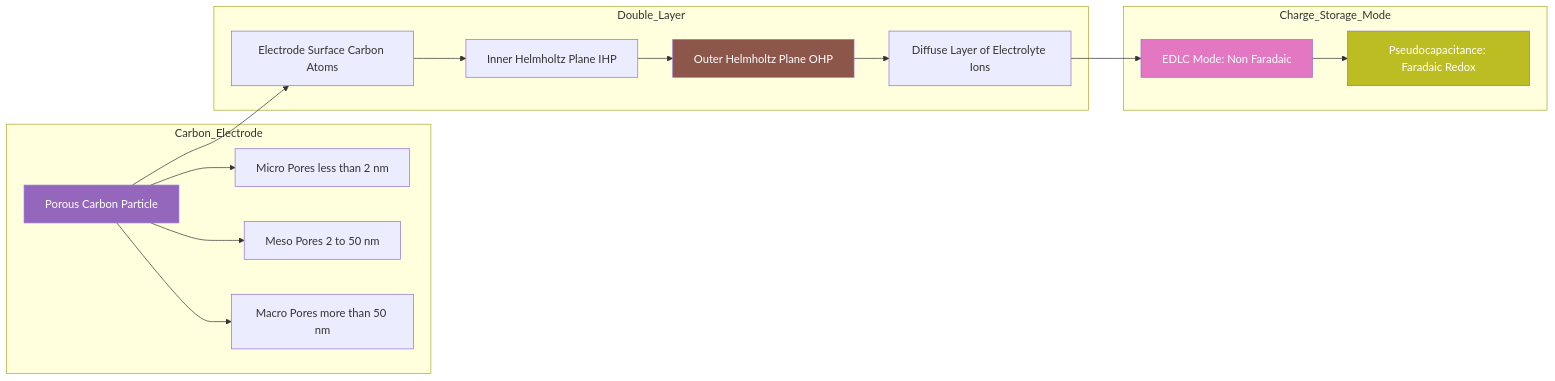
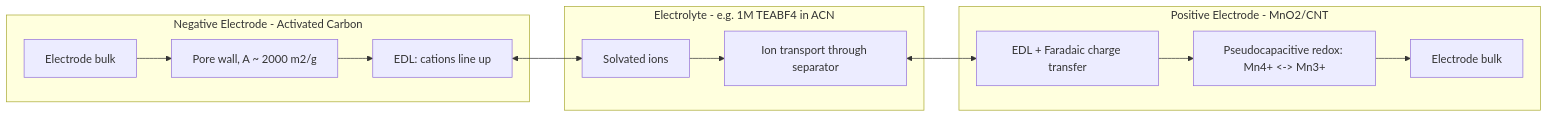
Before and after one commit to vishnuu-kr/ktunode: the second of 5 diagrams in public/notes/computer-science-and-engineering/semester-1/gxcyt122-chemistry-for-information-science-and-electrical-science/02-module-2-materials-for-electronic-applications/materials-used-in-quantum-computing-technology-super-capacitors-spintronics/notes.md, drawn with Mermaid. The commit also changed other lines of this file and 4829 other files, not shown here.

````diff
--- a/public/notes/computer-science-and-engineering/semester-1/gxcyt122-chemistry-for-information-science-and-electrical-science/02-module-2-materials-for-electronic-applications/materials-used-in-quantum-computing-technology-super-capacitors-spintronics/notes.md
+++ b/public/notes/computer-science-and-engineering/semester-1/gxcyt122-chemistry-for-information-science-and-electrical-science/02-module-2-materials-for-electronic-applications/materials-used-in-quantum-computing-technology-super-capacitors-spintronics/notes.md
@@ -763,22 +482,25 @@
 ```mermaid
 flowchart LR
-    subgraph Carbon_Electrode
-        A1[Porous Carbon Particle] --> A2[Micro Pores less than 2 nm]
-        A1 --> A3[Meso Pores 2 to 50 nm]
-        A1 --> A4[Macro Pores more than 50 nm]
+    subgraph Electrode1[Negative Electrode - Activated Carbon]
+        E1a[Electrode bulk]
+        E1b[Pore wall, A ~ 2000 m2/g]
+        E1c[EDL: cations line up]
     end
-    subgraph Double_Layer
-        B1[Electrode Surface Carbon Atoms] --> B2[Inner Helmholtz Plane IHP]
-        B2 --> B3[Outer Helmholtz Plane OHP]
-        B3 --> B4[Diffuse Layer of Electrolyte Ions]
+
+    subgraph Electrolyte[Electrolyte - e.g. 1M TEABF4 in ACN]
+        EL1[Solvated ions]
+        EL2[Ion transport through separator]
     end
-    subgraph Charge_Storage_Mode
-        C1[EDLC Mode: Non Faradaic] --> C2[Pseudocapacitance: Faradaic Redox]
+
+    subgraph Electrode2[Positive Electrode - MnO2/CNT]
+        E2a[Electrode bulk]
+        E2b[Pseudocapacitive redox: Mn4+ <-> Mn3+]
+        E2c[EDL + Faradaic charge transfer]
     end
-    A1 --> B1
-    B4 --> C1
-    style A1 fill:#9467bd,color:#ffffff
-    style B3 fill:#8c564b,color:#ffffff
-    style C1 fill:#e377c2,color:#ffffff
-    style C2 fill:#bcbd22,color:#ffffff
+
+    E1a --> E1b --> E1c
+    E1c <--> EL1
+    EL1 --> EL2
+    EL2 <--> E2c
+    E2c --> E2b --> E2a
 ```
````
